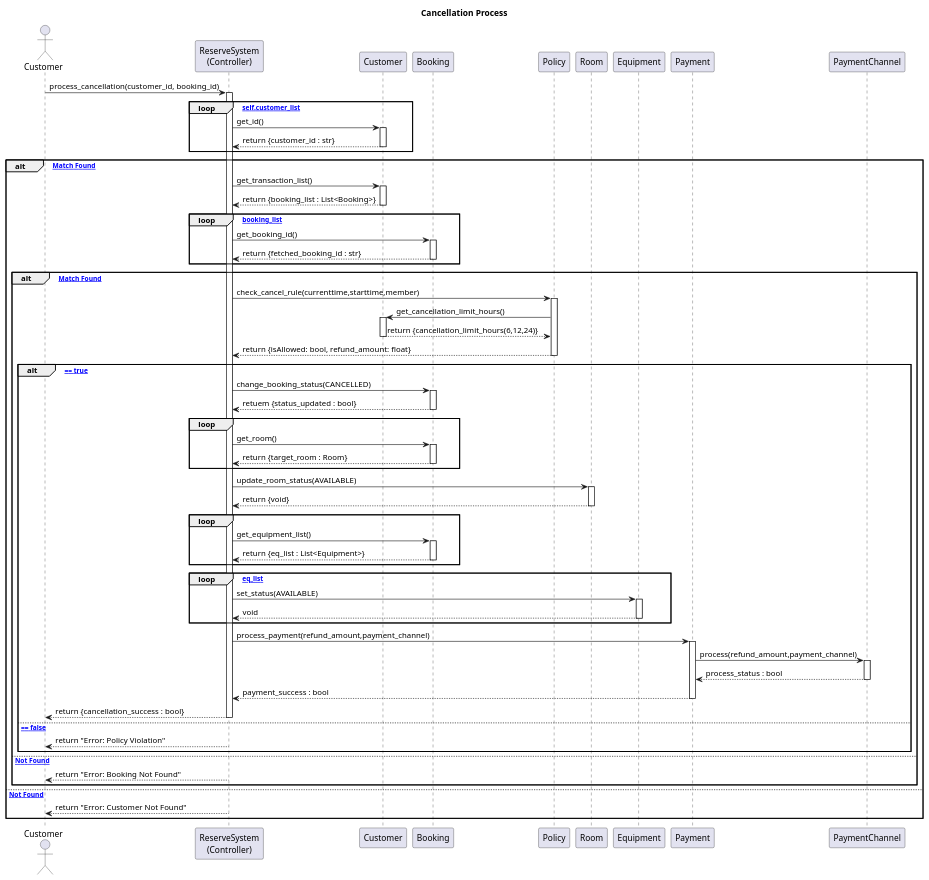
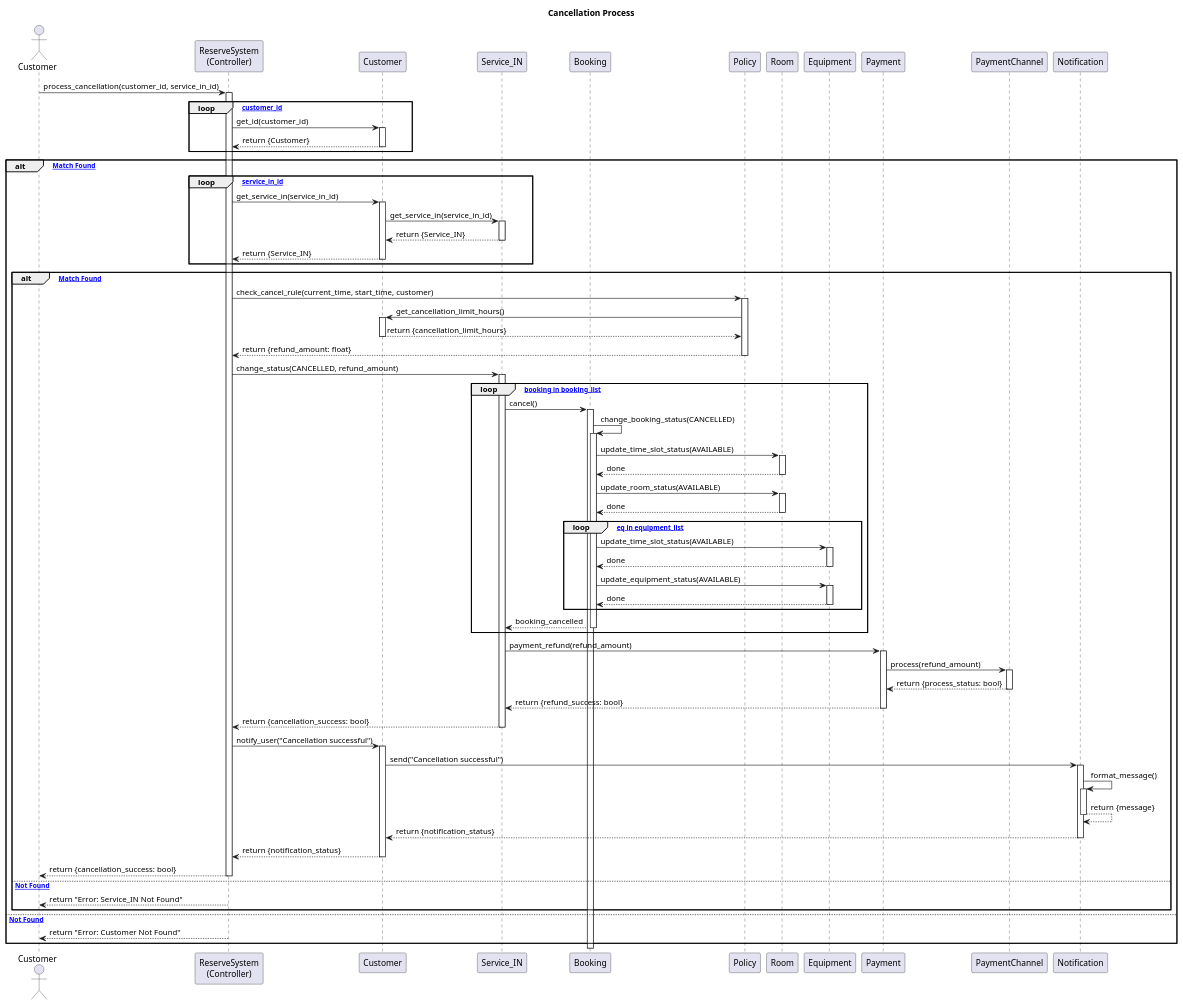
The diagram in diagram/sequence_diagram/cancel_booking.puml (pjngth998/RhythmReserve), drawn with PlantUML before and after one commit. The commit also changed 3 other files, not shown here.

Commit message:
still edit the cancel_booking and Check0ut_service_in .py

```diff
--- a/diagram/sequence_diagram/cancel_booking.puml
+++ b/diagram/sequence_diagram/cancel_booking.puml
@@ -1,82 +1,87 @@
 @startuml
 autoactivate on
 
 actor "Customer" as Program
 participant "ReserveSystem\n(Controller)" as System
 participant "Customer" as Customer
+participant "Service_IN" as ServiceIN
 participant "Booking" as Booking
 participant "Policy" as Policy
 participant "Room" as Room
 participant "Equipment" as Equipment
 participant "Payment" as Payment
 participant "PaymentChannel" as Channel
+participant "Notification" as Notification
 
 title Cancellation Process
 
-Program -> System : process_cancellation(customer_id, booking_id)
+Program -> System : process_cancellation(customer_id, service_in_id)
 
-    loop [in self.customer_list]
-        System -> Customer : get_id()
-        Customer --> System : return {customer_id : str}
+    loop [search customer_id]
+        System -> Customer : get_id(customer_id)
+        Customer --> System : return {Customer}
     end
 
     alt [Customer Match Found]
-        
-        System -> Customer : get_transaction_list()
-        Customer --> System : return {booking_list : List<Booking>}
 
-        loop [in booking_list]
-            System -> Booking : get_booking_id()
-            Booking --> System : return {fetched_booking_id : str}
+        loop [search service_in_id]
+            System -> Customer : get_service_in(service_in_id)
+            Customer -> ServiceIN : get_service_in(service_in_id)
+            ServiceIN --> Customer : return {Service_IN}
+            Customer --> System : return {Service_IN}
         end
 
-        alt [Booking Match Found]
-            
-            System -> Policy : check_cancel_rule(currenttime,starttime,member)
-            Policy -> Customer : get_cancellation_limit_hours()
-            Customer --> Policy : return {cancellation_limit_hours(6,12,24)}
-            Policy --> System : return {isAllowed: bool, refund_amount: float}
+        alt [Service_IN Match Found]
 
-            alt [isAllowed == true]
-                
-                System -> Booking : change_booking_status(CANCELLED)
-                Booking --> System : retuem {status_updated : bool}
+            System -> Policy : check_cancel_rule(current_time, start_time, customer)
+                Policy -> Customer : get_cancellation_limit_hours()
+                Customer --> Policy : return {cancellation_limit_hours}
+            Policy --> System : return {refund_amount: float}
 
-                loop
-                System -> Booking : get_room()
-                Booking --> System : return {target_room : Room}
+            System -> ServiceIN : change_status(CANCELLED, refund_amount)
+
+                loop [for booking in booking_list]
+                    ServiceIN -> Booking : cancel()
+
+                        Booking -> Booking : change_booking_status(CANCELLED)
+
+                        Booking -> Room : update_time_slot_status(AVAILABLE)
+                        Room --> Booking : done
+                        Booking -> Room : update_room_status(AVAILABLE)
+                        Room --> Booking : done
+
+                        loop [for eq in equipment_list]
+                            Booking -> Equipment : update_time_slot_status(AVAILABLE)
+                            Equipment --> Booking : done
+                            Booking -> Equipment : update_equipment_status(AVAILABLE)
+                            Equipment --> Booking : done
+                        end
+
+                    Booking --> ServiceIN : booking_cancelled
                 end
 
-                System -> Room : update_room_status(AVAILABLE)
-                Room --> System : return {void}
+                ServiceIN -> Payment : payment_refund(refund_amount)
+                    Payment -> Channel : process(refund_amount)
+                    Channel --> Payment : return {process_status: bool}
+                Payment --> ServiceIN : return {refund_success: bool}
 
-                loop
-                System -> Booking : get_equipment_list()
-                Booking --> System : return {eq_list : List<Equipment>}
-                end
+            ServiceIN --> System : return {cancellation_success: bool}
 
-                loop [in eq_list]
-                    System -> Equipment : set_status(AVAILABLE)
-                    return void
-                end
+            System -> Customer : notify_user("Cancellation successful")
+    Customer -> Notification : send("Cancellation successful")
+        Notification -> Notification : format_message()
+        Notification --> Notification : return {message}
+    Notification --> Customer : return {notification_status}
+Customer --> System : return {notification_status}
 
-                System -> Payment : process_payment(refund_amount,payment_channel)
-                    Payment -> Channel : process(refund_amount,payment_channel)
-                    return process_status : bool
-                return payment_success : bool
-                
-                System --> Program : return {cancellation_success : bool}
+            System --> Program : return {cancellation_success: bool}
 
-            else [isAllowed == false]
-                System --> Program : return "Error: Policy Violation"
-            end
-
-        else [Booking Not Found]
-            System --> Program : return "Error: Booking Not Found"
+        else [Service_IN Not Found]
+            System --> Program : return "Error: Service_IN Not Found"
         end
 
     else [Customer Not Found]
         System --> Program : return "Error: Customer Not Found"
     end
 
 @enduml
```
